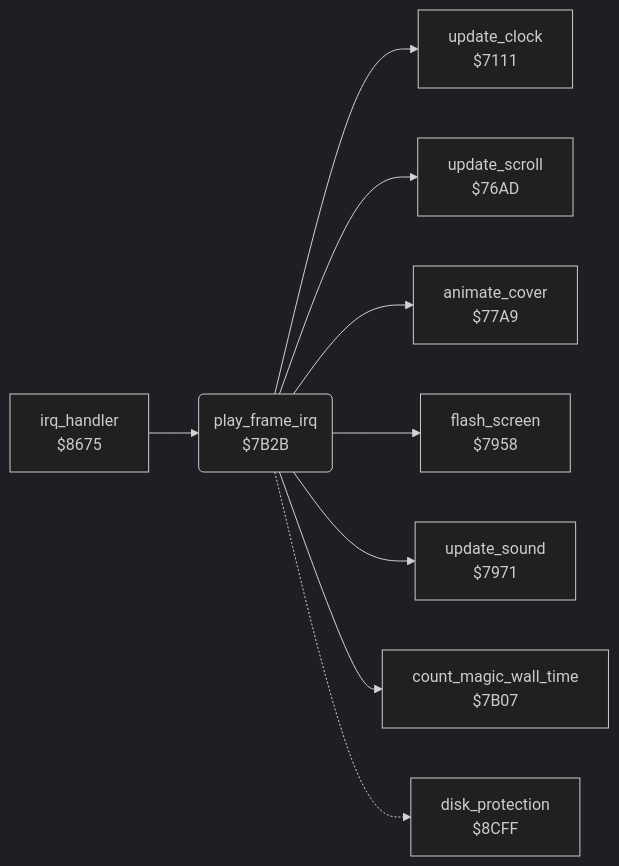
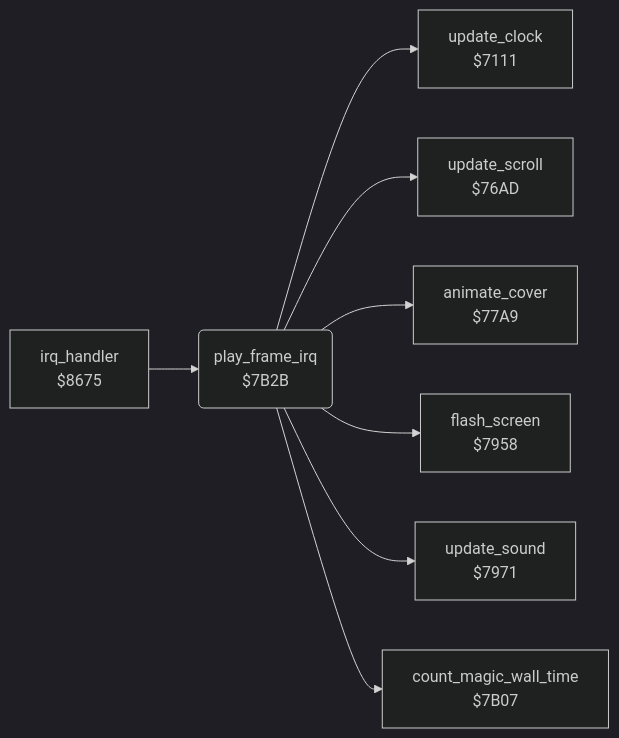
The diagram in boulder_dash/v1/docs/reference/modules/irq/play_frame.md (henols/c64_games), drawn with Mermaid (dark theme) before and after one commit. The commit also changed other lines of this file and 1100 other files, not shown here.

````diff
--- a/boulder_dash/v1/docs/reference/modules/irq/play_frame.md
+++ b/boulder_dash/v1/docs/reference/modules/irq/play_frame.md
@@ -10,20 +16,18 @@
 ```mermaid
 flowchart LR
   n7111["update_clock<br/>$7111"]
   n76ad["update_scroll<br/>$76AD"]
   n77a9["animate_cover<br/>$77A9"]
   n7958["flash_screen<br/>$7958"]
   n7971["update_sound<br/>$7971"]
   n7b07["count_magic_wall_time<br/>$7B07"]
   n7b2b("play_frame_irq<br/>$7B2B")
   n8675["irq_handler<br/>$8675"]
-  n8cff["disk_protection<br/>$8CFF"]
   n7b2b --> n7111
   n7b2b --> n76ad
   n7b2b --> n77a9
   n7b2b --> n7958
   n7b2b --> n7971
   n7b2b --> n7b07
-  n7b2b -.-> n8cff
   n8675 --> n7b2b
 ```
````
